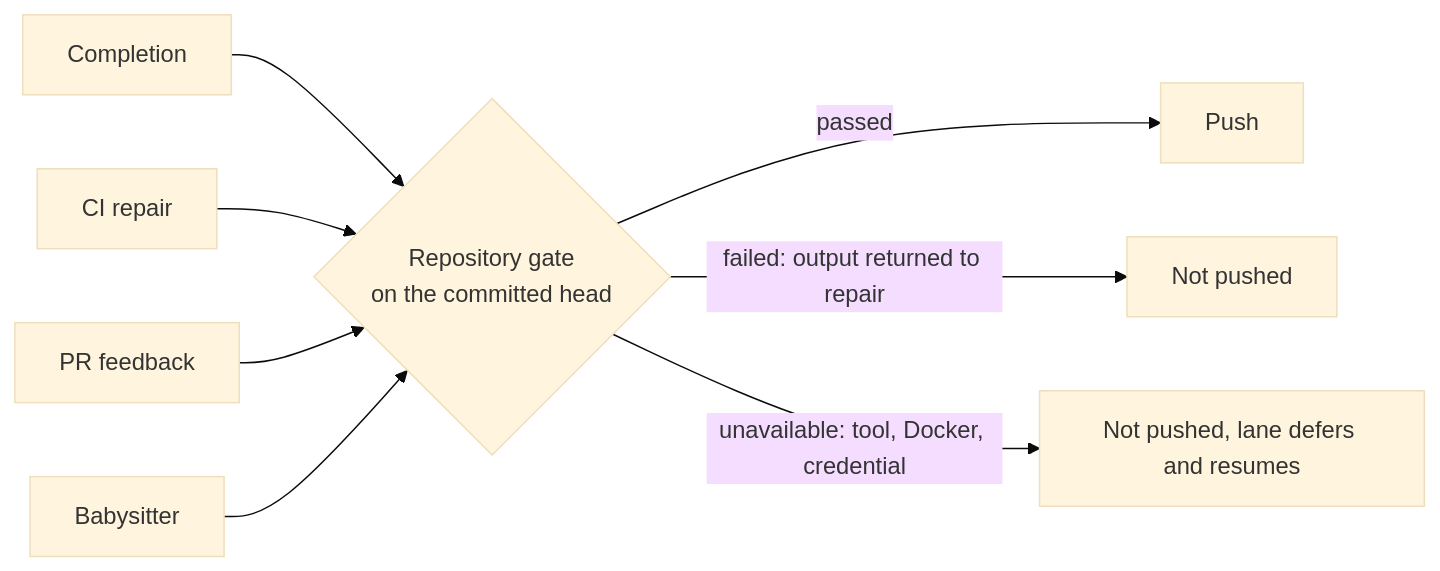
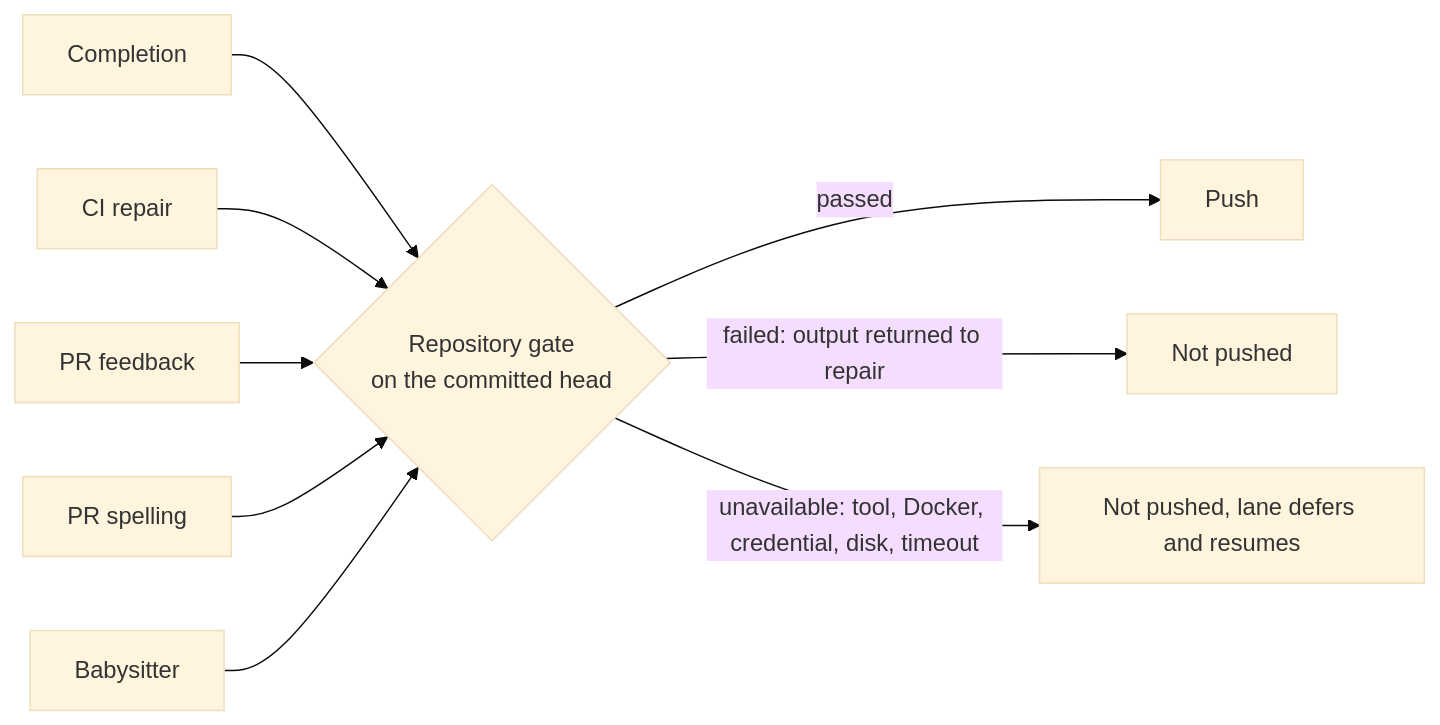
The diagram in docs/archive/pr-summaries/pr-summary-4625.md (stSoftwareAU/VibeCoder), drawn with Mermaid (base theme) before and after one commit. The commit also changed other lines of this file, not shown here.

````diff
--- a/docs/archive/pr-summaries/pr-summary-4625.md
+++ b/docs/archive/pr-summaries/pr-summary-4625.md
@@ -23,11 +23,12 @@
 ```mermaid
 flowchart LR
     C[Completion] --> V
     CI[CI repair] --> V
     F[PR feedback] --> V
+    S[PR spelling] --> V
     B[Babysitter] --> V
     V{Repository gate<br/>on the committed head}
     V -->|passed| P[Push]
     V -->|failed: output returned to repair| R[Not pushed]
-    V -->|unavailable: tool, Docker, credential| D[Not pushed, lane defers and resumes]
+    V -->|unavailable: tool, Docker, credential, disk, timeout| D[Not pushed, lane defers and resumes]
 ```
````
